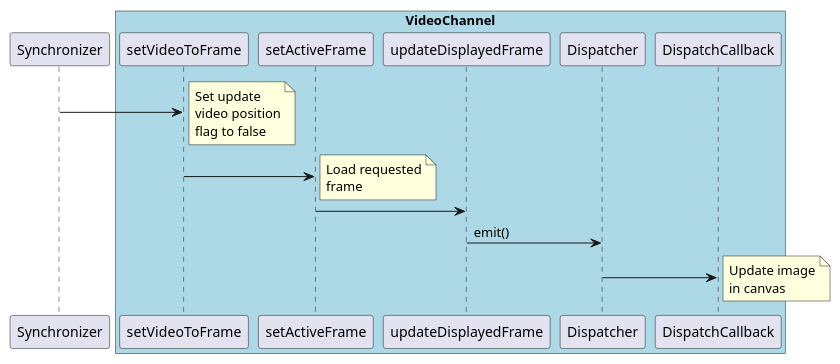
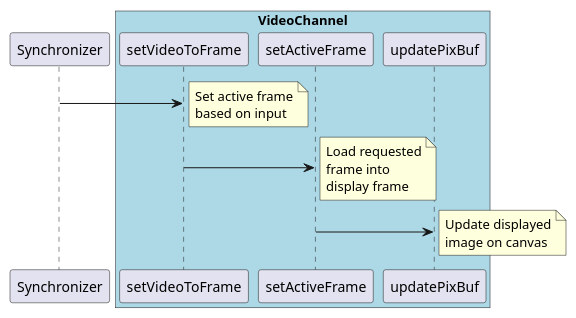
One commit to timwalsh41/SwingAnalyzer changed the second of 3 diagrams in design/Video channel frame update.md. Above: the diagram before and after it, drawn with PlantUML. The commit also changed other lines of this file and 3 other files, not shown here.

````diff
--- a/design/Video channel frame update.md
+++ b/design/Video channel frame update.md
@@ -78,25 +53,21 @@
 ```plantuml
 
 @startuml
 
 participant Synchronizer
 box "VideoChannel" #LightBlue
 participant setVideoToFrame
 participant setActiveFrame
-participant updateDisplayedFrame
-participant Dispatcher
-participant DispatchCallback
+participant updatePixBuf
 end box
 
 Synchronizer -> setVideoToFrame
-note right: Set update\nvideo position\nflag to false
+note right: Set active frame\nbased on input
 setVideoToFrame -> setActiveFrame
-note right: Load requested\nframe
-setActiveFrame -> updateDisplayedFrame
-updateDisplayedFrame -> Dispatcher : emit()
-Dispatcher -> DispatchCallback
-note right: Update image\nin canvas
+note right: Load requested\nframe into\ndisplay frame
+setActiveFrame -> updatePixBuf
+note right: Update displayed\nimage on canvas
 
 @enduml
 
 ```
````
